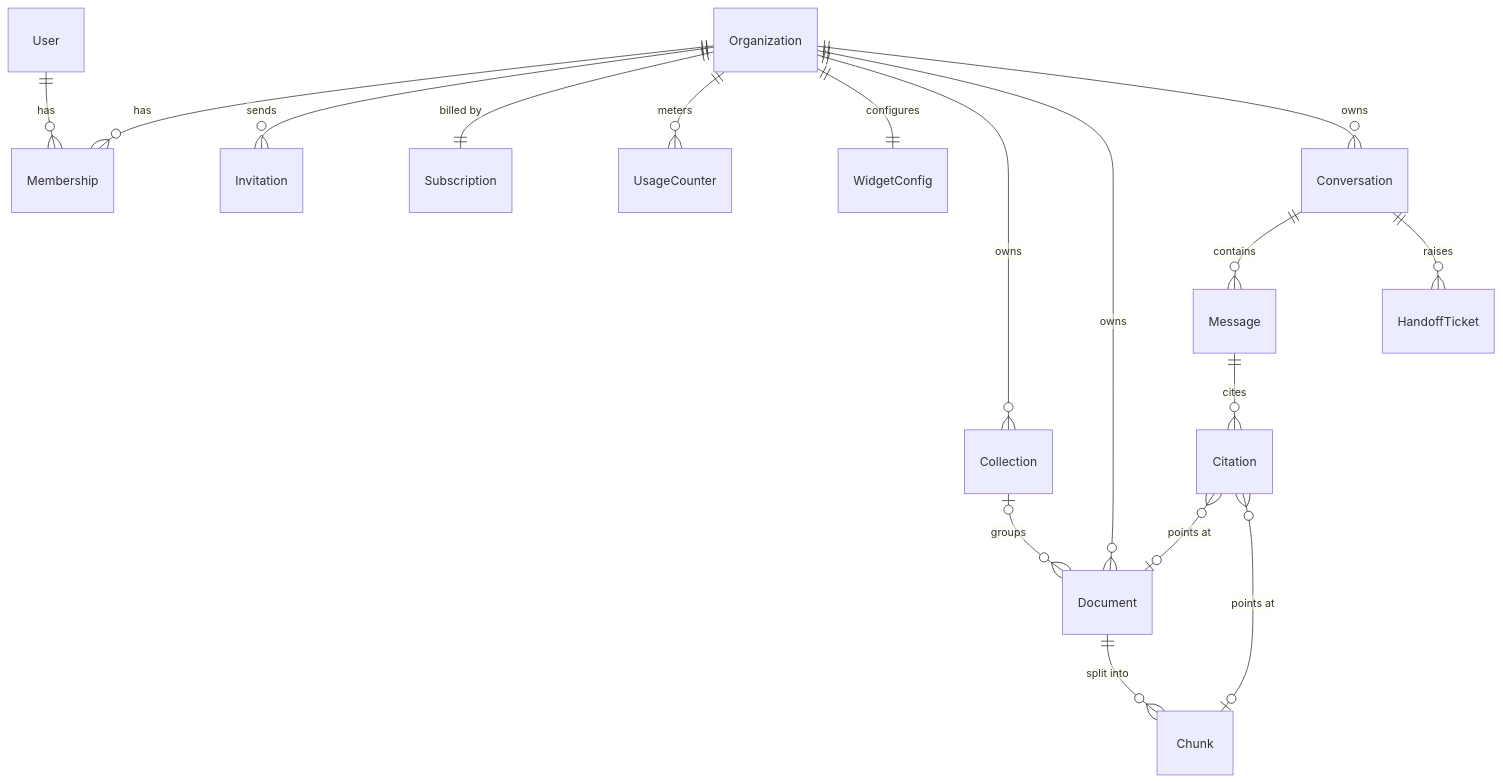
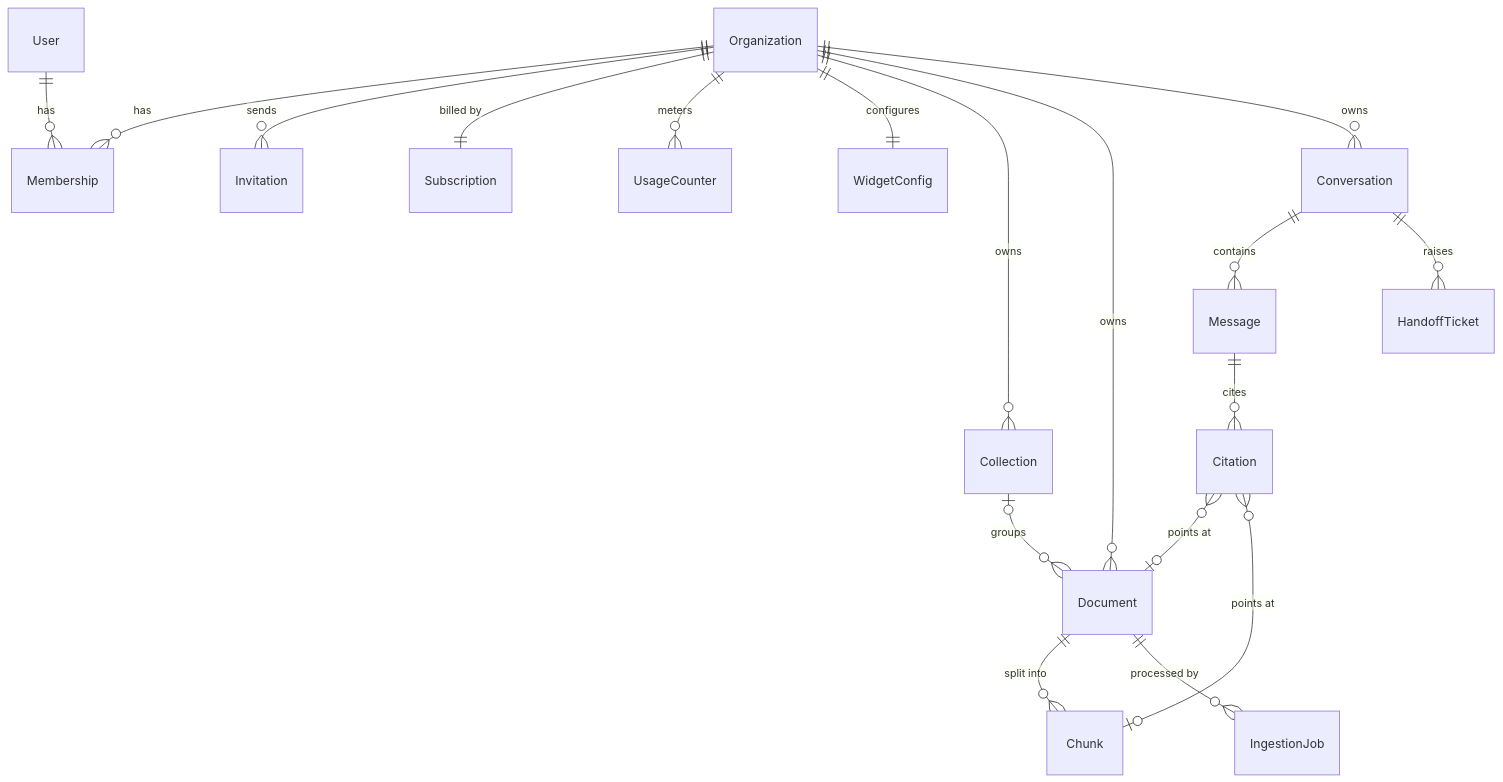
Before and after one commit to abhisheksava32/helploom: the second of 4 diagrams in docs/DESIGN.md, drawn with Mermaid. The commit also changed other lines of this file and 11 other files, not shown here.

````diff
--- a/docs/DESIGN.md
+++ b/docs/DESIGN.md
@@ -266,19 +265,20 @@
 ```mermaid
 erDiagram
     User ||--o{ Membership : has
     Organization ||--o{ Membership : has
     Organization ||--o{ Invitation : sends
     Organization ||--|| Subscription : "billed by"
     Organization ||--o{ UsageCounter : meters
     Organization ||--|| WidgetConfig : configures
     Organization ||--o{ Collection : owns
     Organization ||--o{ Document : owns
     Collection |o--o{ Document : groups
     Document ||--o{ Chunk : "split into"
+    Document ||--o{ IngestionJob : "processed by"
     Organization ||--o{ Conversation : owns
     Conversation ||--o{ Message : contains
     Message ||--o{ Citation : cites
     Citation }o--o| Document : "points at"
     Citation }o--o| Chunk : "points at"
     Conversation ||--o{ HandoffTicket : raises
 ```
````
